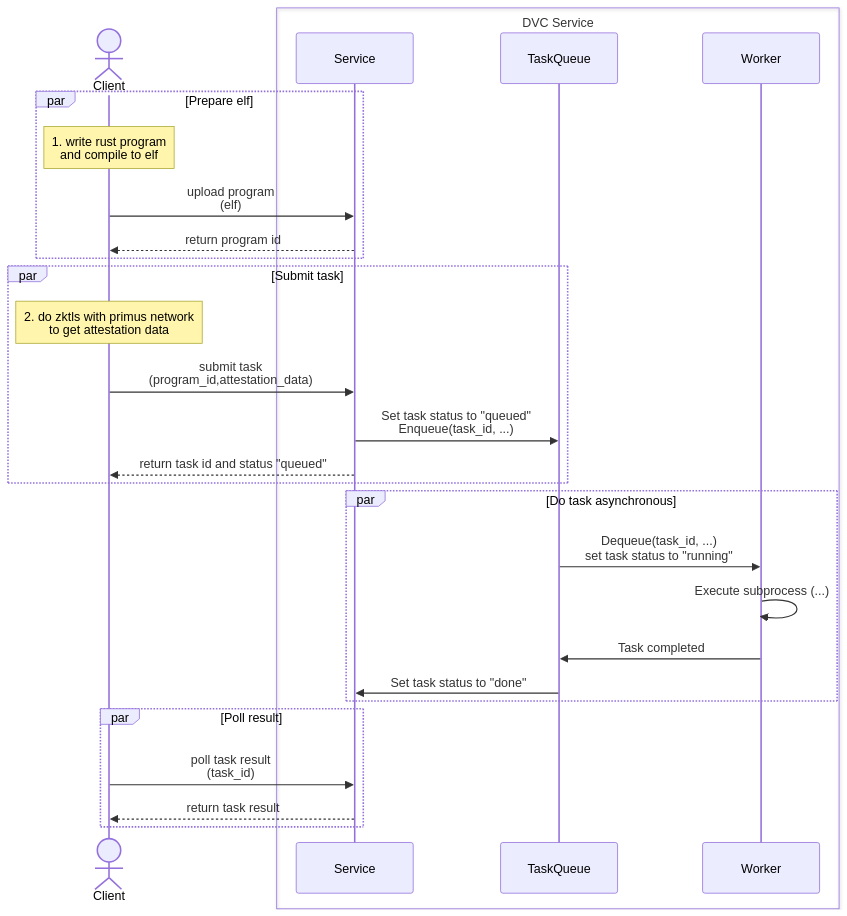
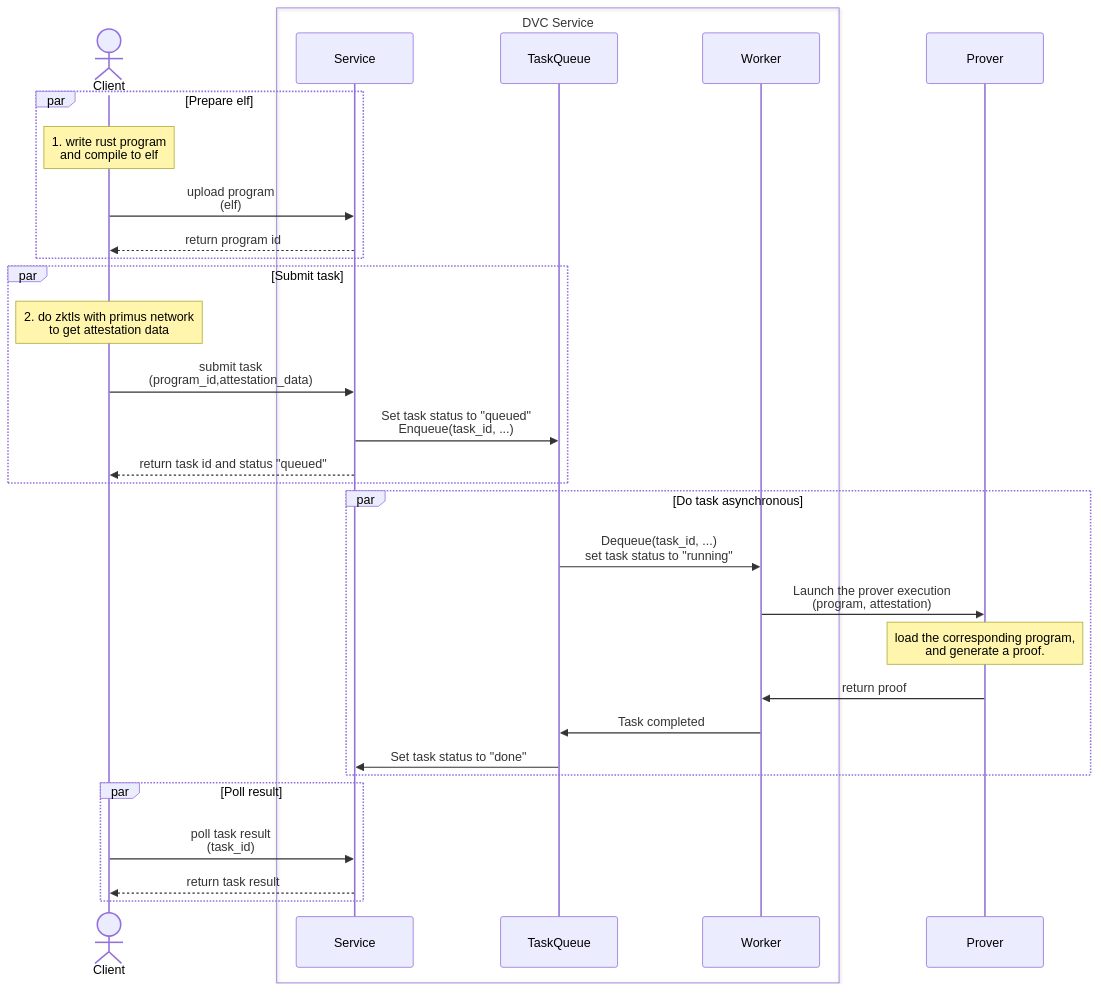
The diagram in README.md (primus-labs/DVC-Demo), drawn with Mermaid before and after one commit. The commit also changed other lines of this file, not shown here.

Commit message:
docs: add prover

````diff
--- a/README.md
+++ b/README.md
@@ -22,37 +22,43 @@
 ```mermaid
 sequenceDiagram
     actor client as Client
     box DVC Service
       participant service as Service
       participant queue as TaskQueue
       participant worker as Worker
     end
+    participant prover as Prover
 
     par Prepare elf
       Note over client: 1. write rust program <br/> and compile to elf
       
       client ->> service: upload program <br/> (elf)
       service-->>client: return program id
     end
 
     par Submit task
       Note over client: 2. do zktls with primus network <br/> to get attestation data
       
       client ->> service: submit task <br/>(program_id,attestation_data)
       service ->> queue: Set task status to "queued" <br/> Enqueue(task_id, ...)
       service-->>client: return task id and status "queued"
     end
 
 
     par Do task asynchronous
       queue ->> worker: Dequeue(task_id, ...) <br/> set task status to "running"
-      worker->>worker: Execute subprocess (...)
+
+      worker->>prover: Launch the prover execution <br/> (program, attestation)
+
+      Note over prover: load the corresponding program, <br/> and generate a proof.
+      prover->>worker: return proof
+
       worker->>queue: Task completed
       queue->>service: Set task status to "done"
     end
 
     par Poll result
       client ->> service: poll task result <br/>(task_id)
       service-->>client: return task result
     end
 ```
````
